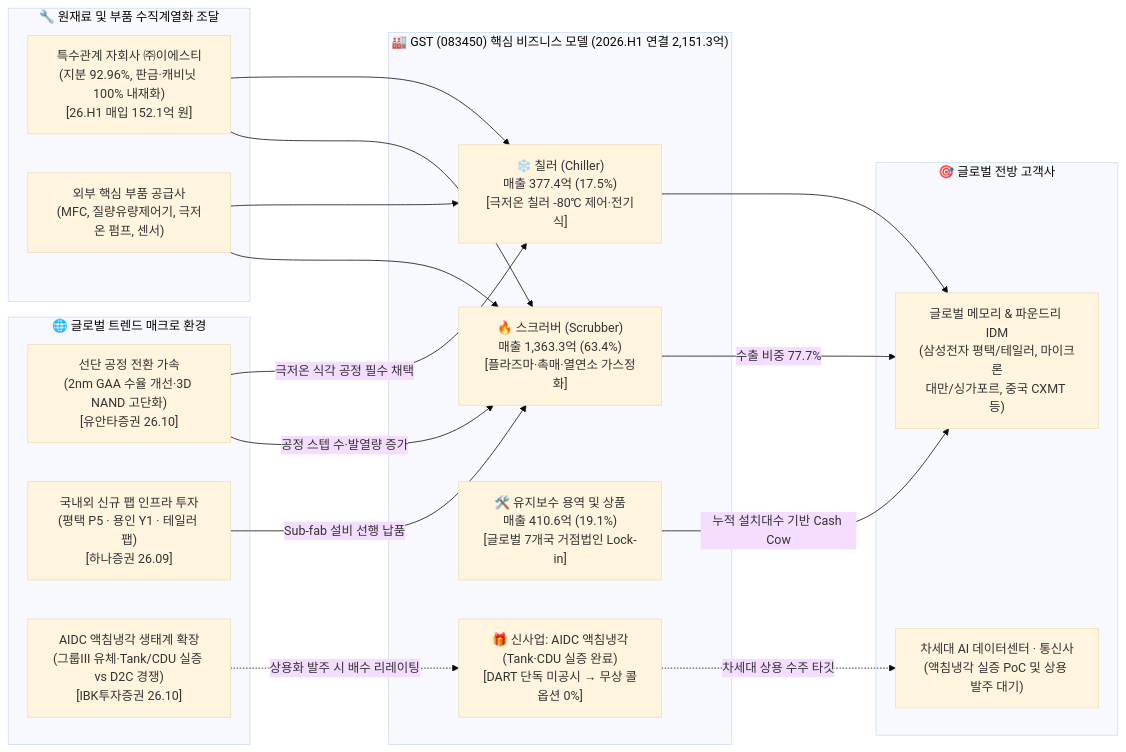
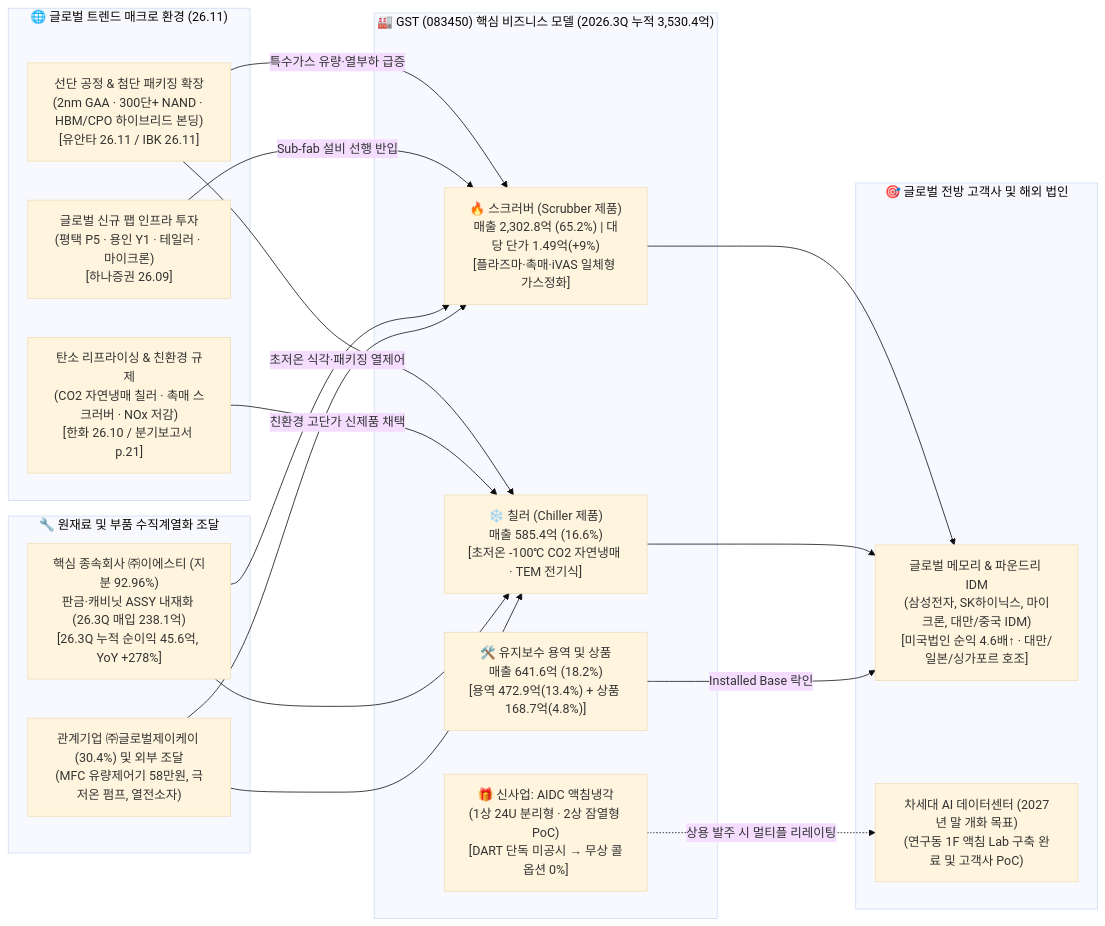
One commit to eve830521-cmd/my-skill-ver.5 changed the first of 2 diagrams in Stock_Research/GST/3_Final_Reports/Phase1_Report.md. Above: the diagram before and after it, drawn with Mermaid (base theme). The commit also changed other lines of this file and 14 other files, not shown here.

````diff
--- a/Stock_Research/GST/3_Final_Reports/Phase1_Report.md
+++ b/Stock_Research/GST/3_Final_Reports/Phase1_Report.md
@@ -37,38 +37,38 @@
 ```mermaid
 flowchart LR
-    subgraph Macro["🌐 글로벌 트렌드 매크로 환경"]
-        M1["선단 공정 전환 가속<br/>(2nm GAA 수율 개선·3D NAND 고단화)<br/>[유안타증권 26.10]"]
-        M2["국내외 신규 팹 인프라 투자<br/>(평택 P5 · 용인 Y1 · 테일러 팹)<br/>[하나증권 26.09]"]
-        M3["AIDC 액침냉각 생태계 확장<br/>(그룹III 유체·Tank/CDU 실증 vs D2C 경쟁)<br/>[IBK투자증권 26.10]"]
+    subgraph Macro["🌐 글로벌 트렌드 매크로 환경 (26.11)"]
+        M1["선단 공정 & 첨단 패키징 확장<br/>(2nm GAA · 300단+ NAND · HBM/CPO 하이브리드 본딩)<br/>[유안타 26.11 / IBK 26.11]"]
+        M2["글로벌 신규 팹 인프라 투자<br/>(평택 P5 · 용인 Y1 · 테일러 · 마이크론)<br/>[하나증권 26.09]"]
+        M3["탄소 리프라이싱 & 친환경 규제<br/>(CO2 자연냉매 칠러 · 촉매 스크러버 · NOx 저감)<br/>[한화 26.10 / 분기보고서 p.21]"]
     end
 
     subgraph Supply["🔧 원재료 및 부품 수직계열화 조달"]
-        S1["특수관계 자회사 ㈜이에스티<br/>(지분 92.96%, 판금·캐비닛 100% 내재화)<br/>[26.H1 매입 152.1억 원]"]
-        S2["외부 핵심 부품 공급사<br/>(MFC, 질량유량제어기, 극저온 펌프, 센서)"]
+        S1["핵심 종속회사 ㈜이에스티 (지분 92.96%)<br/>판금·캐비닛 ASSY 내재화 (26.3Q 매입 238.1억)<br/>[26.3Q 누적 순이익 45.6억, YoY +278%]"]
+        S2["관계기업 ㈜글로벌제이케이 (30.4%) 및 외부 조달<br/>(MFC 유량제어기 58만원, 극저온 펌프, 열전소자)"]
     end
 
-    subgraph GST["🏭 GST (083450) 핵심 비즈니스 모델 (2026.H1 연결 2,151.3억)"]
-        G1["🔥 스크러버 (Scrubber)<br/>매출 1,363.3억 (63.4%)<br/>[플라즈마·촉매·열연소 가스정화]"]
-        G2["❄️ 칠러 (Chiller)<br/>매출 377.4억 (17.5%)<br/>[극저온 칠러 -80℃ 제어·전기식]"]
-        G3["🛠️ 유지보수 용역 및 상품<br/>매출 410.6억 (19.1%)<br/>[글로벌 7개국 거점법인 Lock-in]"]
-        G4["🎁 신사업: AIDC 액침냉각<br/>(Tank·CDU 실증 완료)<br/>[DART 단독 미공시 → 무상 콜옵션 0%]"]
+    subgraph GST["🏭 GST (083450) 핵심 비즈니스 모델 (2026.3Q 누적 3,530.4억)"]
+        G1["🔥 스크러버 (Scrubber 제품)<br/>매출 2,302.8억 (65.2%) | 대당 단가 1.49억(+9%)<br/>[플라즈마·촉매·iVAS 일체형 가스정화]"]
+        G2["❄️ 칠러 (Chiller 제품)<br/>매출 585.4억 (16.6%)<br/>[초저온 -100℃ CO2 자연냉매 · TEM 전기식]"]
+        G3["🛠️ 유지보수 용역 및 상품<br/>매출 641.6억 (18.2%)<br/>[용역 472.9억(13.4%) + 상품 168.7억(4.8%)]"]
+        G4["🎁 신사업: AIDC 액침냉각<br/>(1상 24U 분리형 · 2상 잠열형 PoC)<br/>[DART 단독 미공시 → 무상 콜옵션 0%]"]
     end
 
-    subgraph Demand["🎯 글로벌 전방 고객사"]
-        D1["글로벌 메모리 & 파운드리 IDM<br/>(삼성전자 평택/테일러, 마이크론<br/>대만/싱가포르, 중국 CXMT 등)"]
-        D2["차세대 AI 데이터센터 · 통신사<br/>(액침냉각 실증 PoC 및 상용 발주 대기)"]
+    subgraph Demand["🎯 글로벌 전방 고객사 및 해외 법인"]
+        D1["글로벌 메모리 & 파운드리 IDM<br/>(삼성전자, SK하이닉스, 마이크론, 대만/중국 IDM)<br/>[미국법인 순익 4.6배↑ · 대만/일본/싱가포르 호조]"]
+        D2["차세대 AI 데이터센터 (2027년 말 개화 목표)<br/>(연구동 1F 액침 Lab 구축 완료 및 고객사 PoC)"]
     end
 
-    M1 -->|"공정 스텝 수·발열량 증가"| G1
-    M1 -->|"극저온 식각 공정 필수 채택"| G2
-    M2 -->|"Sub-fab 설비 선행 납품"| G1
-    M3 -. "상용화 발주 시 배수 리레이팅" .-> G4
+    M1 -->|"특수가스 유량·열부하 급증"| G1
+    M1 -->|"초저온 식각·패키징 열제어"| G2
+    M2 -->|"Sub-fab 설비 선행 반입"| G1
+    M3 -->|"친환경 고단가 신제품 채택"| G2
     S1 --> G1
     S1 --> G2
     S2 --> G1
     S2 --> G2
-    G1 -->|"수출 비중 77.7%"| D1
+    G1 --> D1
     G2 --> D1
-    G3 -->|"누적 설치대수 기반 Cash Cow"| D1
-    G4 -. "차세대 상용 수주 타깃" .-> D2
+    G3 -->|"Installed Base 락인"| D1
+    G4 -. "상용 발주 시 멀티플 리레이팅" .-> D2
 ```
````
